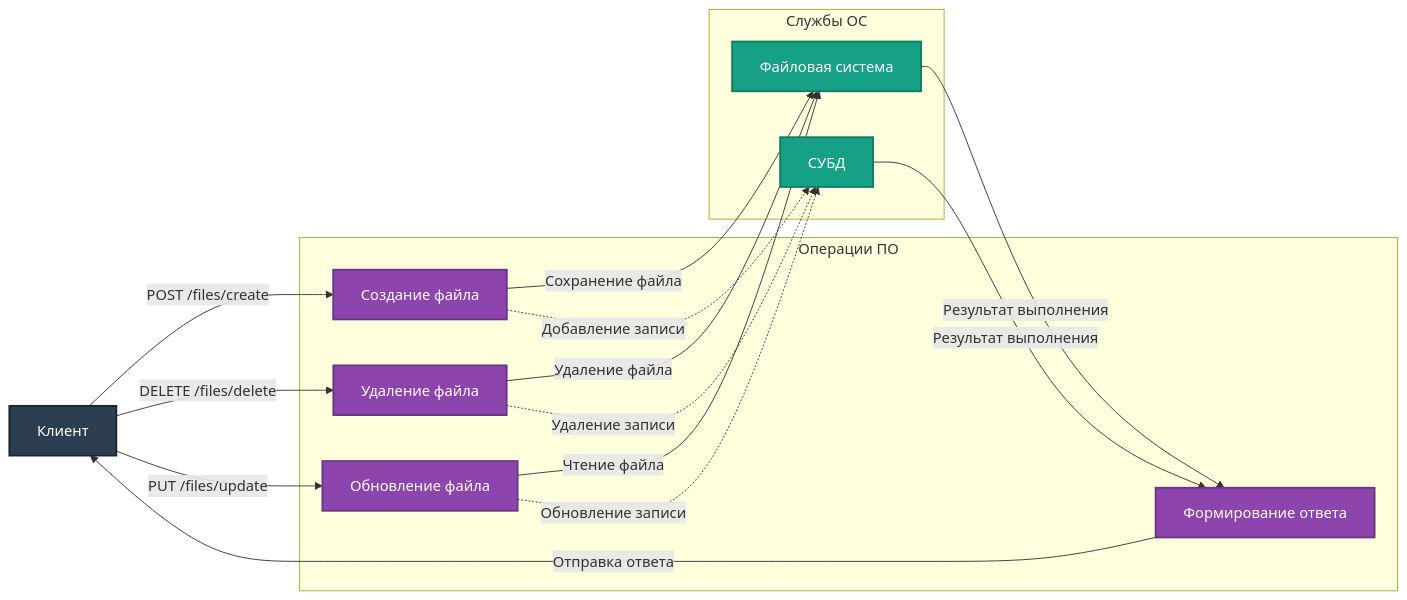
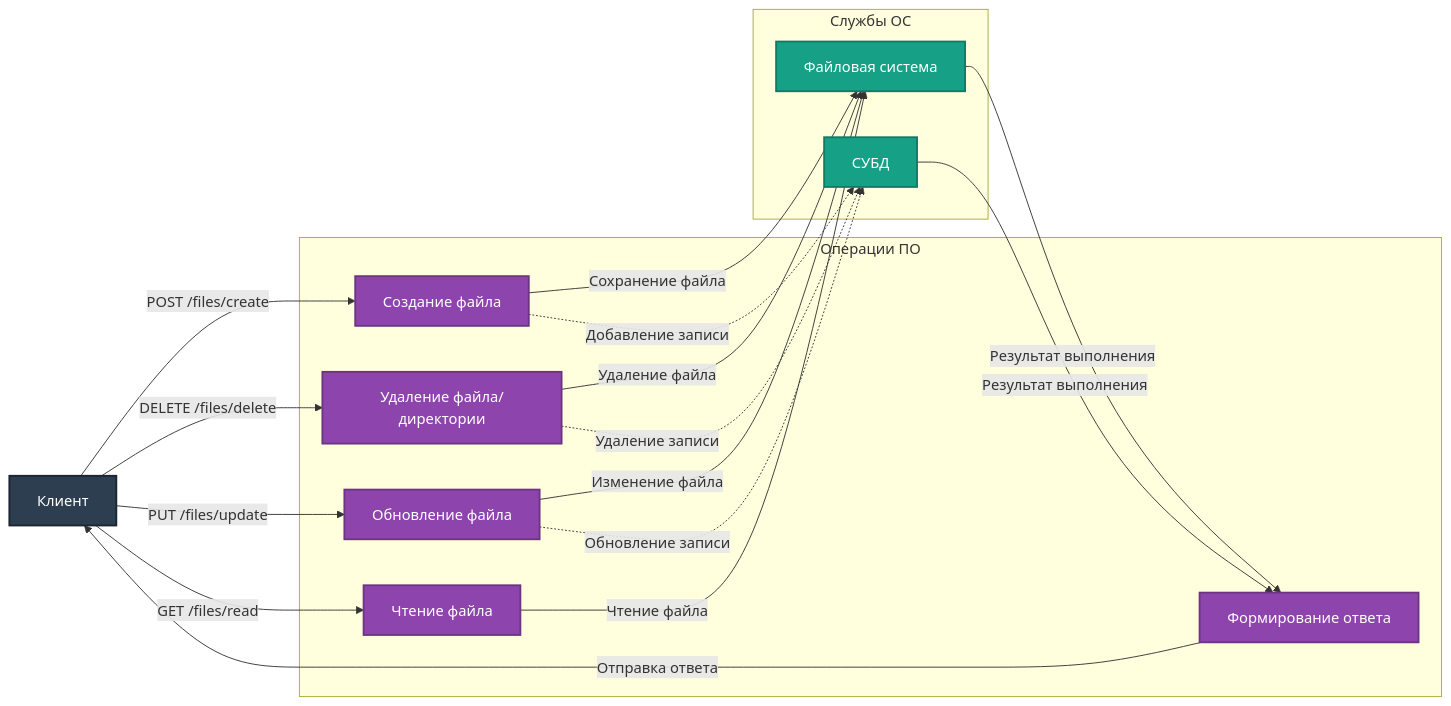
The diagram in data/app/routes/files/README.md (SkySai1/ProjectArc_back), drawn with Mermaid before and after one commit. The commit also changed other lines of this file and 2 other files, not shown here.

Commit message:
Обновлена схема работы с файлами

````diff
--- a/data/app/routes/files/README.md
+++ b/data/app/routes/files/README.md
@@ -56,43 +70,47 @@
 ```mermaid
 graph LR
     %% Определение стилей для различных типов узлов с улучшенной цветовой палитрой
     classDef clientStyle fill:#2c3e50, stroke:#1a252f, color:#ffffff, stroke-width:2px;
     classDef operationStyle fill:#8e44ad, stroke:#6c3483, color:#ffffff, stroke-width:2px;
     classDef systemStyle fill:#16a085, stroke:#117a65, color:#ffffff, stroke-width:2px;
 
     %% Узлы диаграммы
     A[Клиент]:::clientStyle
 
     subgraph Операции ПО
         B[Создание файла]:::operationStyle
-        C[Удаление файла]:::operationStyle
+        C[Удаление файла/директории]:::operationStyle
         D[Обновление файла]:::operationStyle
         G[Формирование ответа]:::operationStyle
+        H[Чтение файла]:::operationStyle
     end
 
     subgraph Службы ОС
         E[Файловая система]:::systemStyle
         F[СУБД]:::systemStyle
     end
 
     %% Связи между узлами
     A -->|POST /files/create| B
     A -->|DELETE /files/delete| C
     A -->|PUT /files/update| D
+    A -->|GET /files/read| H
+
     G -->|Отправка ответа| A
     E -->|Результат выполнения| G
     F -->|Результат выполнения| G
 
-    D -->|Чтение файла| E
+    D -->|Изменение файла| E
     B -->|Сохранение файла| E
     C -->|Удаление файла| E
+    H -->|Чтение файла| E
     
     B -.->|Добавление записи| F
     C -.->|Удаление записи| F
     D -.->|Обновление записи| F
 
 
 
     
 
 ```
````
